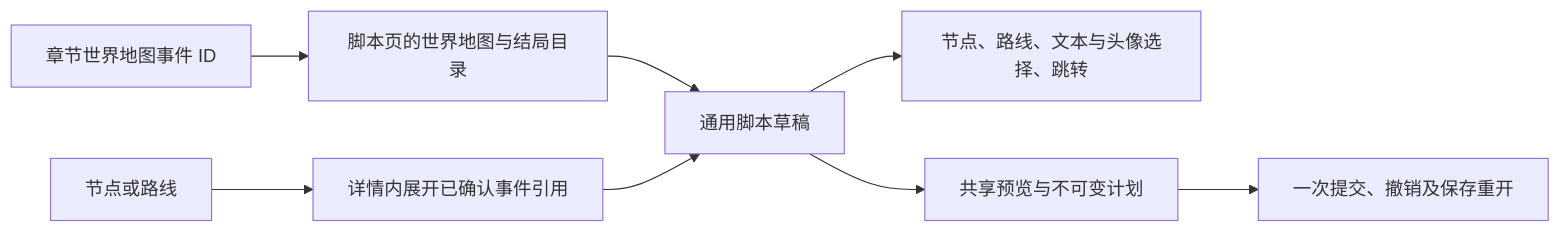
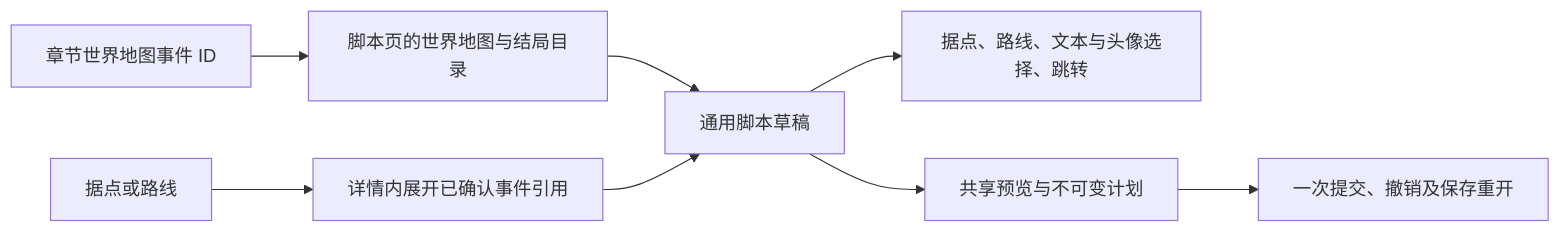
Before and after one commit to woxQAQ/febuildergba-mygo: the diagram in docs/reference/worldmap.md, drawn with Mermaid. The commit also changed other lines of this file and 39 other files, not shown here.

````diff
--- a/docs/reference/worldmap.md
+++ b/docs/reference/worldmap.md
@@ -145,10 +159,10 @@
 ```mermaid
 flowchart LR
-    Route[节点或路线] --> References[详情内展开已确认事件引用]
+    Route[据点或路线] --> References[详情内展开已确认事件引用]
     Directory[脚本页的世界地图与结局目录] --> Script[通用脚本草稿]
     References --> Script
     Chapter[章节世界地图事件 ID] --> Directory
-    Script --> Resources[节点、路线、文本与头像选择、跳转]
+    Script --> Resources[据点、路线、文本与头像选择、跳转]
     Script --> Plan[共享预览与不可变计划]
     Plan --> History[一次提交、撤销及保存重开]
 ```
````
